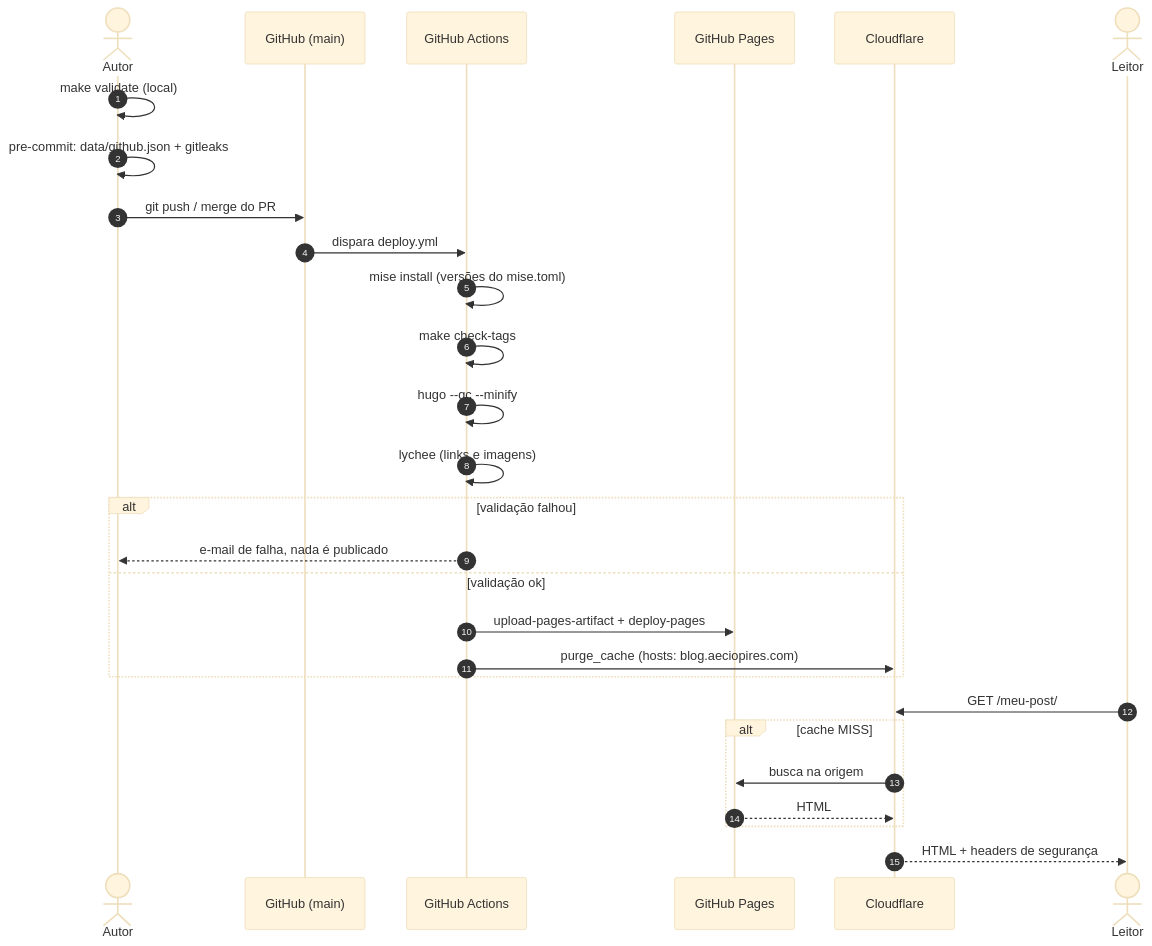
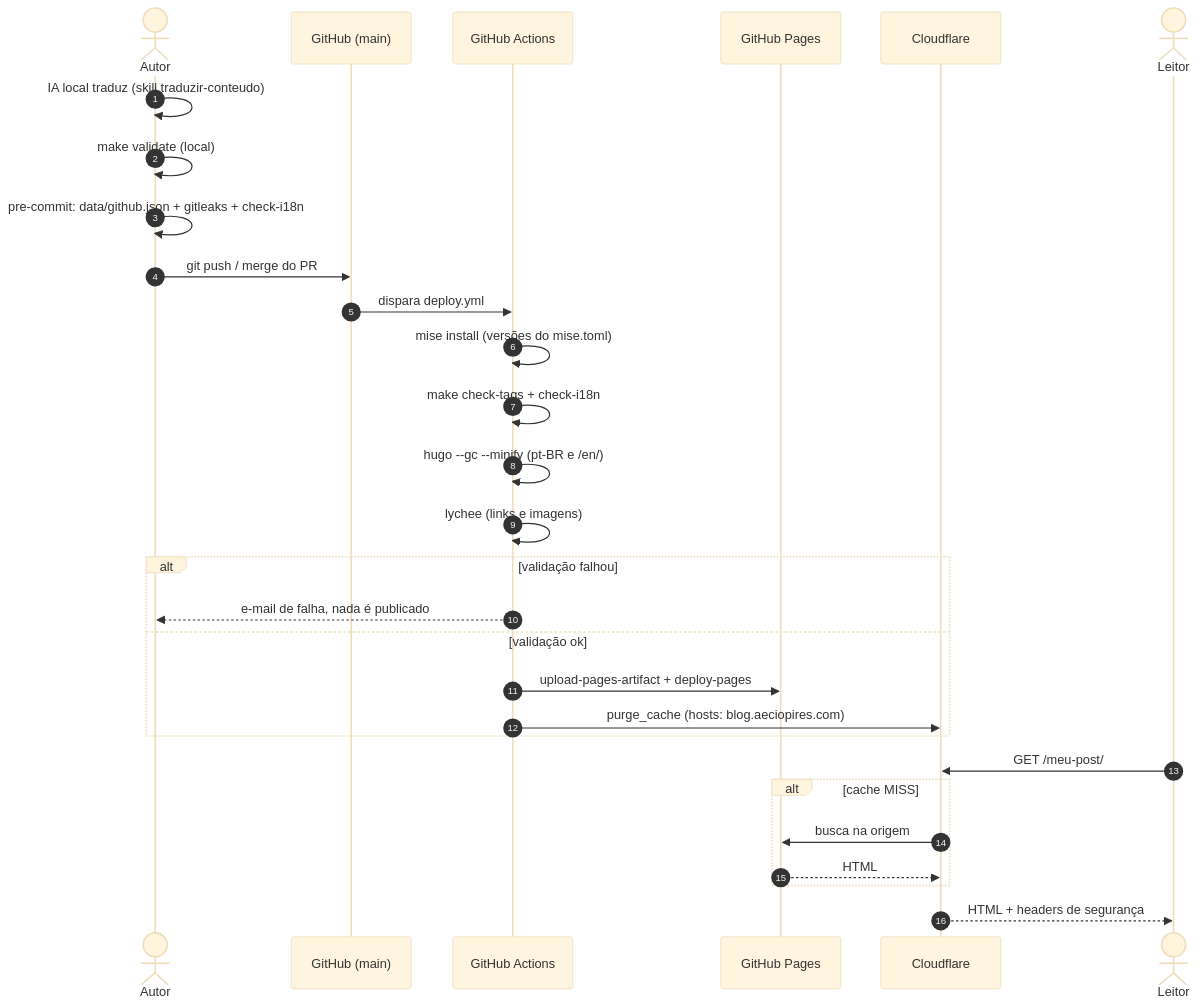
Before and after one commit to aeciopires/blog-aeciopires: the second of 5 diagrams in docs/ARCHITECTURE.md, drawn with Mermaid (base theme). The commit also changed other lines of this file and 222 other files, not shown here.

````diff
--- a/docs/ARCHITECTURE.md
+++ b/docs/ARCHITECTURE.md
@@ -83,30 +90,31 @@
 ```mermaid
 sequenceDiagram
   autonumber
   actor Autor
   participant Repo as GitHub (main)
   participant CI as GitHub Actions
   participant Pages as GitHub Pages
   participant CF as Cloudflare
   actor Leitor
+  Autor->>Autor: IA local traduz (skill traduzir-conteudo)
   Autor->>Autor: make validate (local)
-  Autor->>Autor: pre-commit: data/github.json + gitleaks
+  Autor->>Autor: pre-commit: data/github.json + gitleaks + check-i18n
   Autor->>Repo: git push / merge do PR
   Repo->>CI: dispara deploy.yml
   CI->>CI: mise install (versões do mise.toml)
-  CI->>CI: make check-tags
-  CI->>CI: hugo --gc --minify
+  CI->>CI: make check-tags + check-i18n
+  CI->>CI: hugo --gc --minify (pt-BR e /en/)
   CI->>CI: lychee (links e imagens)
   alt validação falhou
     CI-->>Autor: e-mail de falha, nada é publicado
   else validação ok
     CI->>Pages: upload-pages-artifact + deploy-pages
     CI->>CF: purge_cache (hosts: blog.aeciopires.com)
   end
   Leitor->>CF: GET /meu-post/
   alt cache MISS
     CF->>Pages: busca na origem
     Pages-->>CF: HTML
   end
   CF-->>Leitor: HTML + headers de segurança
 ```
````
